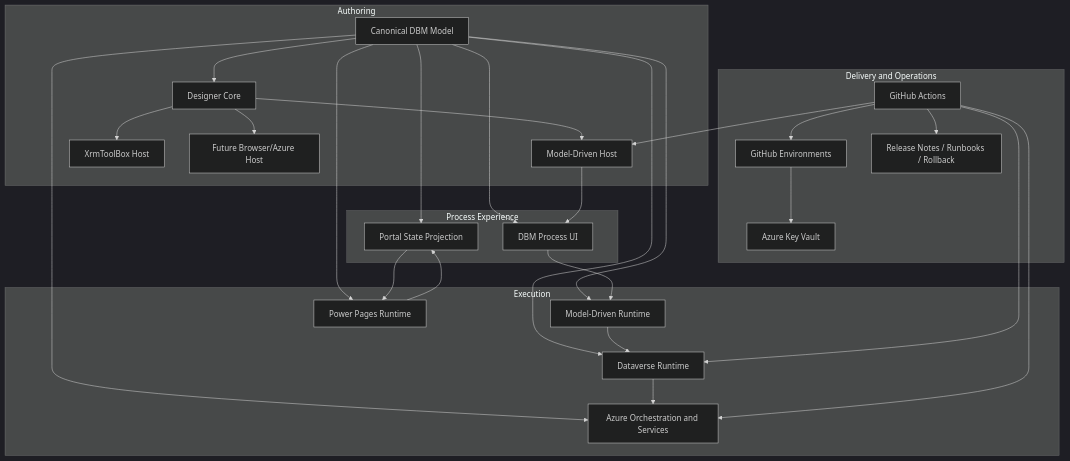
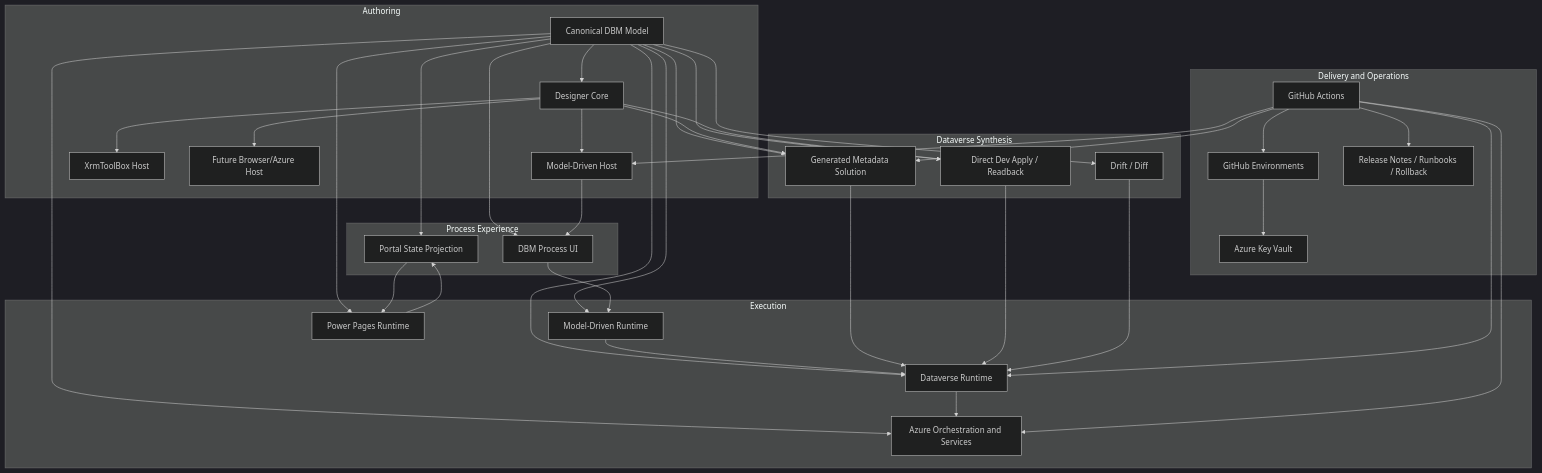
Before and after one commit to yagasoft/Dynamics-BusinessMachine: the diagram in docs/architecture/target-platform-architecture.md, drawn with Mermaid (dark theme). The commit also changed other lines of this file and 17 other files, not shown here.

Commit message:
R1.2.3: align docs and ADRs to Dataverse synthesis

````diff
--- a/docs/architecture/target-platform-architecture.md
+++ b/docs/architecture/target-platform-architecture.md
@@ -82,52 +95,67 @@
 ```mermaid
 flowchart TB
     subgraph Authoring["Authoring"]
         A["Canonical DBM Model"]
         B["Designer Core"]
         C["Model-Driven Host"]
         D["XrmToolBox Host"]
         E["Future Browser/Azure Host"]
     end
 
     subgraph Experience["Process Experience"]
         F["DBM Process UI"]
         G["Portal State Projection"]
     end
 
     subgraph Runtime["Execution"]
         H["Model-Driven Runtime"]
         I["Dataverse Runtime"]
         J["Azure Orchestration and Services"]
         K["Power Pages Runtime"]
     end
 
     subgraph Delivery["Delivery and Operations"]
         L["GitHub Actions"]
         M["GitHub Environments"]
         N["Azure Key Vault"]
         O["Release Notes / Runbooks / Rollback"]
     end
 
+    subgraph Synthesis["Dataverse Synthesis"]
+        P["Direct Dev Apply / Readback"]
+        Q["Generated Metadata Solution"]
+        R["Drift / Diff"]
+    end
+
     A --> B
     B --> C
     B --> D
     B --> E
     A --> F
     A --> G
     A --> H
     A --> I
     A --> J
     A --> K
     C --> F
     K --> G
     F --> H
     G --> K
     H --> I
     I --> J
+    A --> P
+    A --> Q
+    A --> R
+    B --> P
+    B --> Q
+    Q --> I
+    P --> I
+    R --> I
     L --> M
     M --> N
     L --> O
     L --> C
     L --> I
     L --> J
+    L --> Q
 ```
````
